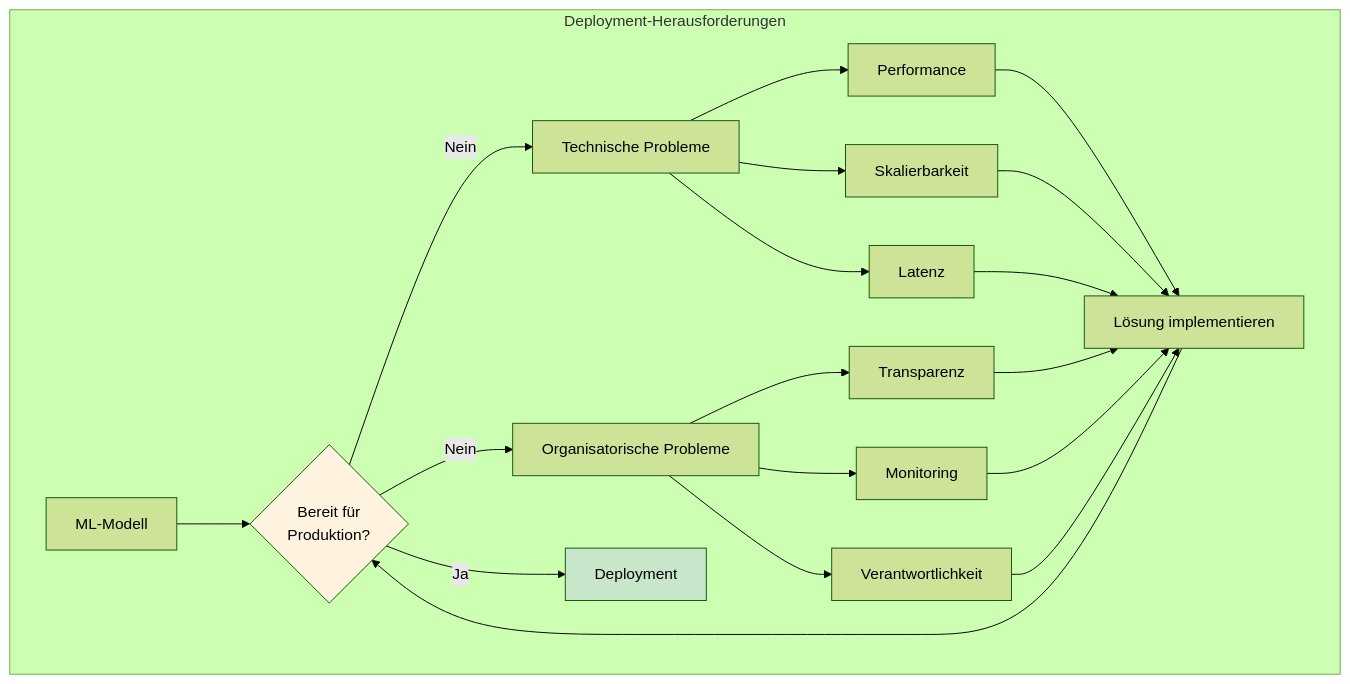
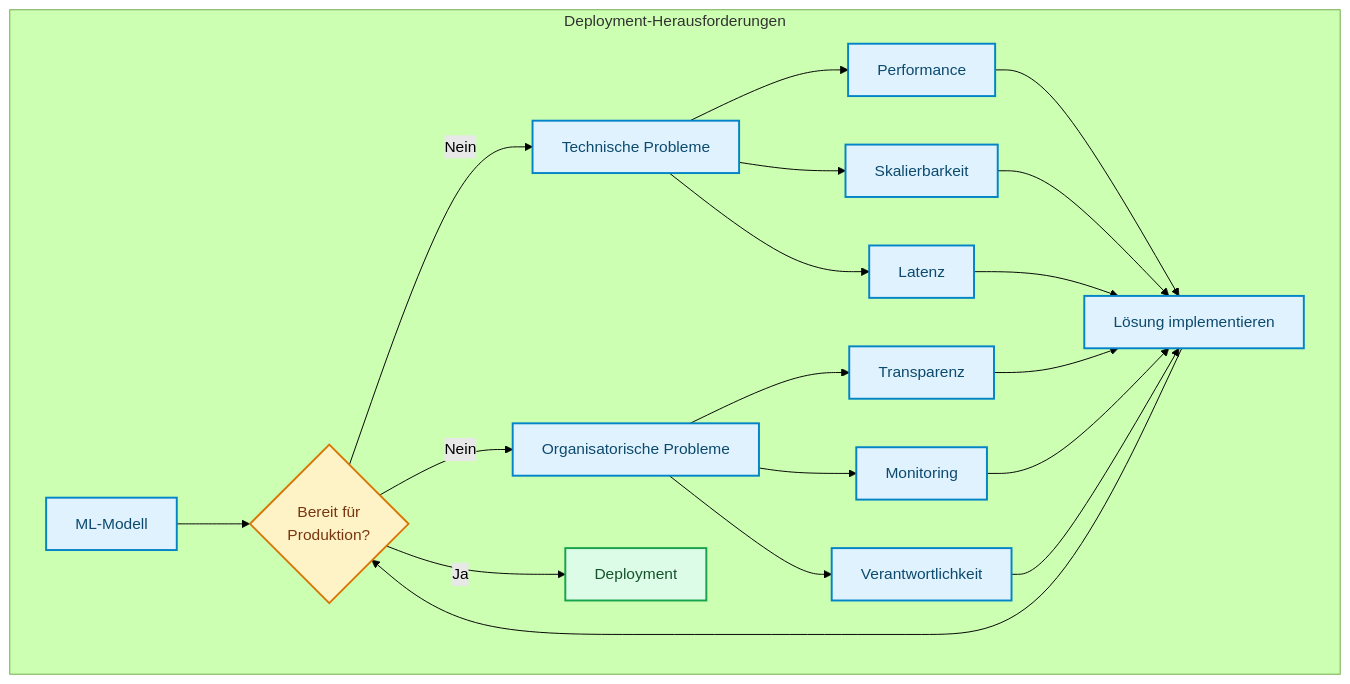
Before and after one commit to ralf-42/ML_Intro: the second of 6 diagrams in docs/deployment/Gradio_Deployment.md, drawn with Mermaid (forest theme). The commit also changed other lines of this file and 67 other files, not shown here.

````diff
--- a/docs/deployment/Gradio_Deployment.md
+++ b/docs/deployment/Gradio_Deployment.md
@@ -73,25 +75,28 @@
 ```mermaid
 flowchart TD
     subgraph "Deployment-Herausforderungen"
         A[ML-Modell] --> B{Bereit für<br/>Produktion?}
         
         B -->|Nein| C[Technische Probleme]
         B -->|Nein| D[Organisatorische Probleme]
         B -->|Ja| E[Deployment]
         
         C --> C1[Performance]
         C --> C2[Skalierbarkeit]
         C --> C3[Latenz]
         
         D --> D1[Transparenz]
         D --> D2[Monitoring]
         D --> D3[Verantwortlichkeit]
         
         C1 & C2 & C3 --> F[Lösung implementieren]
         D1 & D2 & D3 --> F
         F --> B
     end
-    
-    style E fill:#c8e6c9
-    style B fill:#fff3e0
+
+    classDef default fill:#e0f2fe,stroke:#0284c7,stroke-width:2px,color:#0c4a6e;
+    classDef metric fill:#fef3c7,stroke:#d97706,stroke-width:2px,color:#78350f;
+    classDef output fill:#dcfce7,stroke:#16a34a,stroke-width:2px,color:#14532d;
+    class B metric;
+    class E output;
 ```
````
